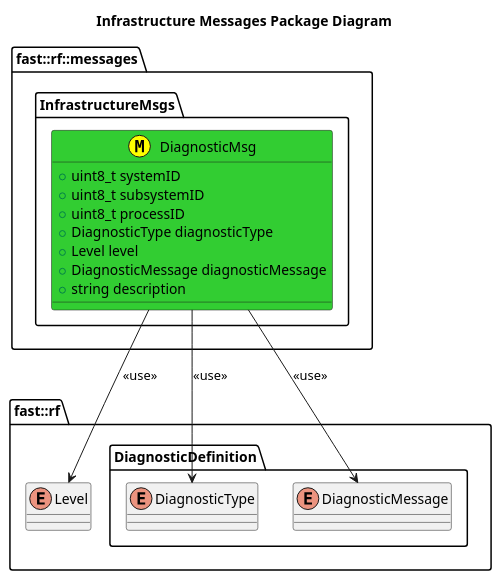
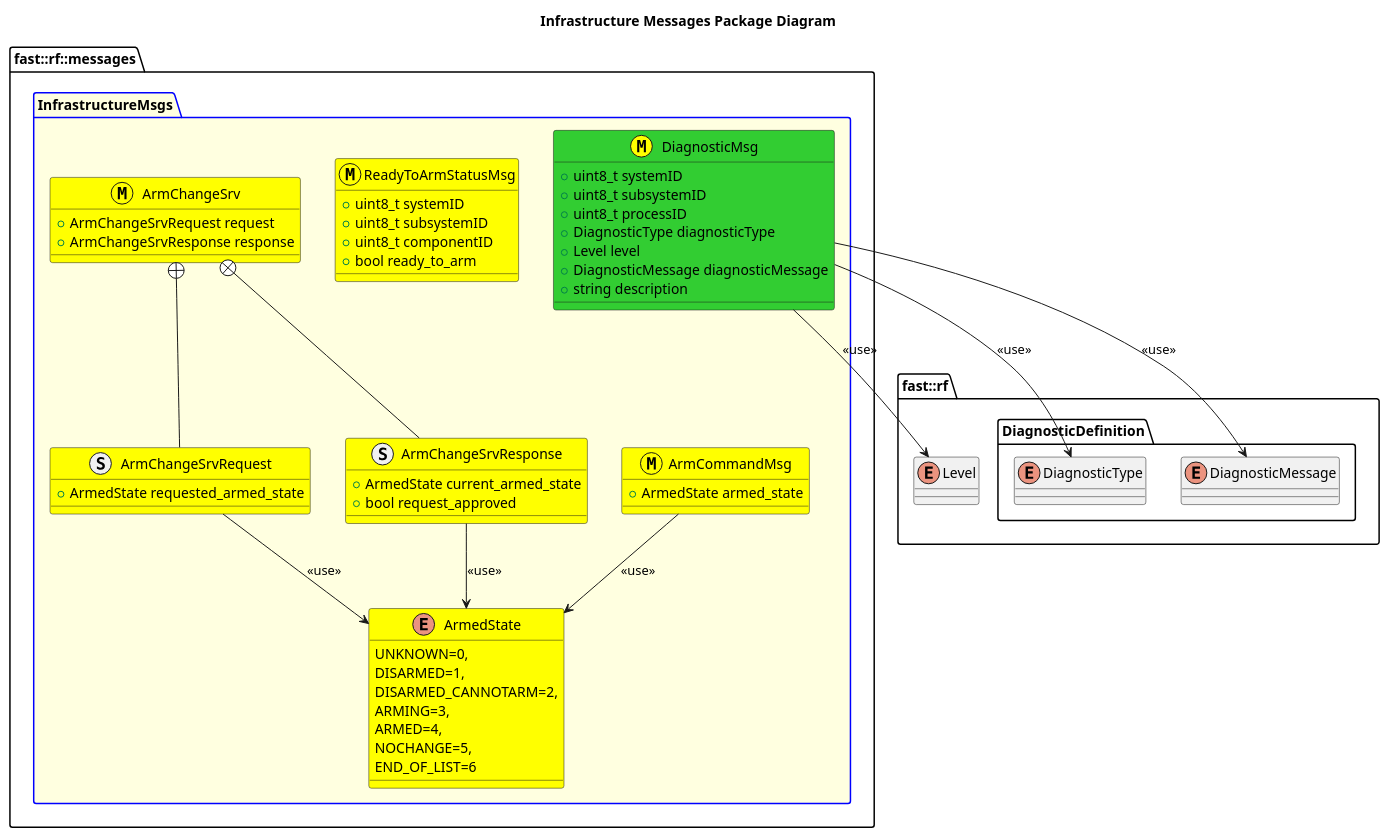
Before and after one commit to fastrobotics/robot_framework: the diagram in msgs/InfrastructureMsgs/doc/puml/InfrastructureMessagesClassDiagram.puml, drawn with PlantUML. The commit also changed 39 other files, not shown here.

```diff
--- a/msgs/InfrastructureMsgs/doc/puml/InfrastructureMessagesClassDiagram.puml
+++ b/msgs/InfrastructureMsgs/doc/puml/InfrastructureMessagesClassDiagram.puml
@@ -1,29 +1,66 @@
 @startuml
 title Infrastructure Messages Package Diagram
 namespace fast::rf {
   enum Level
   namespace DiagnosticDefinition {
     enum DiagnosticType
     enum DiagnosticMessage
   }
 
 }
 namespace fast::rf::messages {
-  namespace InfrastructureMsgs  {
+  package InfrastructureMsgs #LightYellow;line:blue  {
+    enum ArmedState #Yellow {
+      UNKNOWN=0,
+      DISARMED=1,
+      DISARMED_CANNOTARM=2,
+      ARMING=3,
+      ARMED=4,
+      NOCHANGE=5,
+      END_OF_LIST=6
+
+    }
+    class ArmCommandMsg <<(M,#FFFF00)>> #Yellow {
+      +ArmedState armed_state
+    }
+    ArmCommandMsg --> ArmedState: <<use>>
+    struct ArmChangeSrvRequest #Yellow {
+      +ArmedState requested_armed_state
+
+    }
+    ArmChangeSrvRequest --> ArmedState: <<use>>
+    struct ArmChangeSrvResponse #Yellow {
+      +ArmedState current_armed_state
+      +bool request_approved
+
+    }
+    ArmChangeSrvResponse --> ArmedState: <<use>>
+    class ArmChangeSrv <<(M,#FFFF00)>> #Yellow {
+      +ArmChangeSrvRequest request
+      +ArmChangeSrvResponse response
+    }
+    ArmChangeSrv +-- ArmChangeSrvRequest
+    ArmChangeSrv +-- ArmChangeSrvResponse
+    class ReadyToArmStatusMsg <<(M,#FFFF00)>> #Yellow {
+      +uint8_t systemID
+      +uint8_t subsystemID
+      +uint8_t componentID
+      +bool ready_to_arm
+    }
     class DiagnosticMsg <<(M,#FFFF00)>> #LimeGreen {
       +uint8_t systemID
       +uint8_t subsystemID
       +uint8_t processID
       +DiagnosticType diagnosticType
       +Level level
       +DiagnosticMessage diagnosticMessage
       +string description
 
 
     }
     DiagnosticMsg --> Level: <<use>>
     DiagnosticMsg --> DiagnosticType: <<use>>
     DiagnosticMsg --> DiagnosticMessage: <<use>>
   }
 }
 @enduml
```
